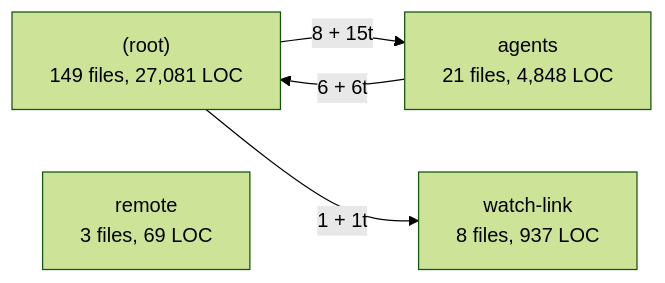
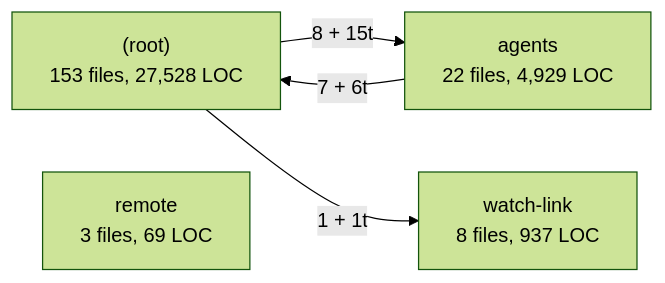
One commit to pollog09/DisTerm changed the eighth of 8 diagrams in docs/architecture/GRAPH.md. Above: the diagram before and after it, drawn with Mermaid (forest theme). The commit also changed other lines of this file and 72 other files, not shown here.

````diff
--- a/docs/architecture/GRAPH.md
+++ b/docs/architecture/GRAPH.md
@@ -230,10 +236,10 @@
 ```mermaid
 flowchart LR
-  n_shared__root_["(root)<br/>149 files, 27,081 LOC"]
-  n_shared_agents["agents<br/>21 files, 4,848 LOC"]
+  n_shared__root_["(root)<br/>153 files, 27,528 LOC"]
+  n_shared_agents["agents<br/>22 files, 4,929 LOC"]
   n_shared_remote["remote<br/>3 files, 69 LOC"]
   n_shared_watch_link["watch-link<br/>8 files, 937 LOC"]
   n_shared__root_ -->|"8 + 15t"| n_shared_agents
   n_shared__root_ -->|"1 + 1t"| n_shared_watch_link
-  n_shared_agents -->|"6 + 6t"| n_shared__root_
+  n_shared_agents -->|"7 + 6t"| n_shared__root_
 ```
````
